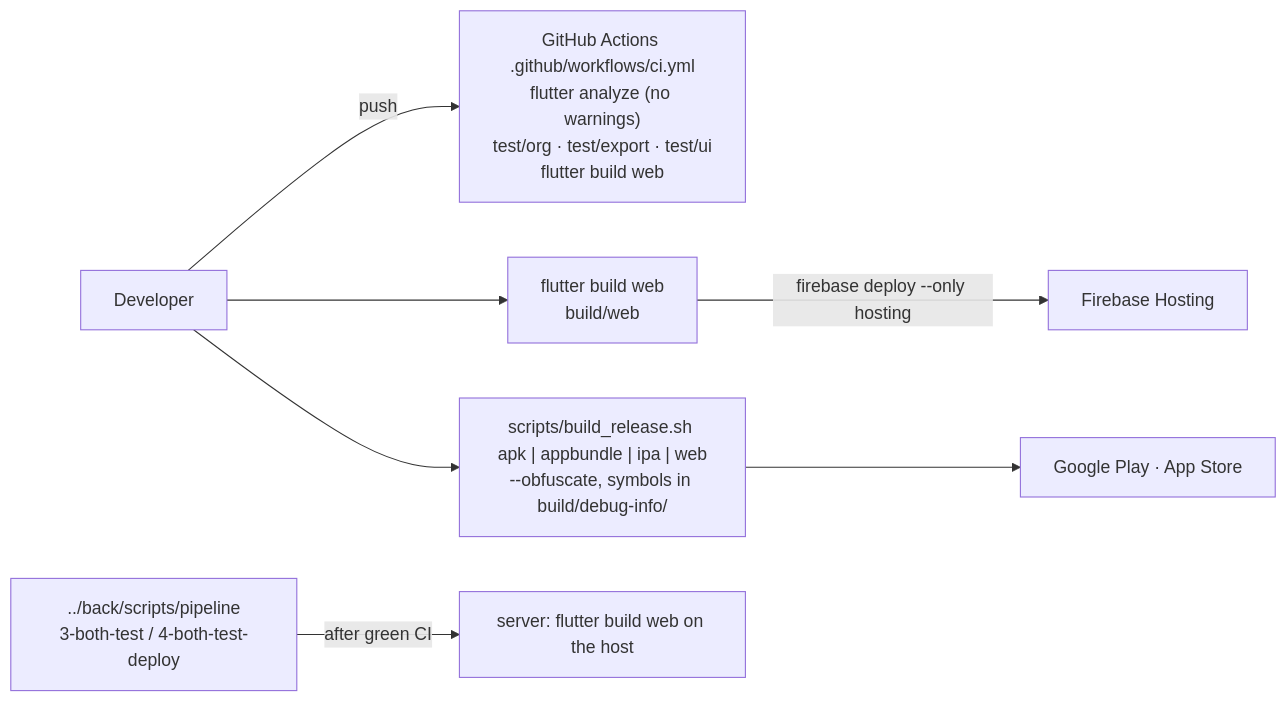
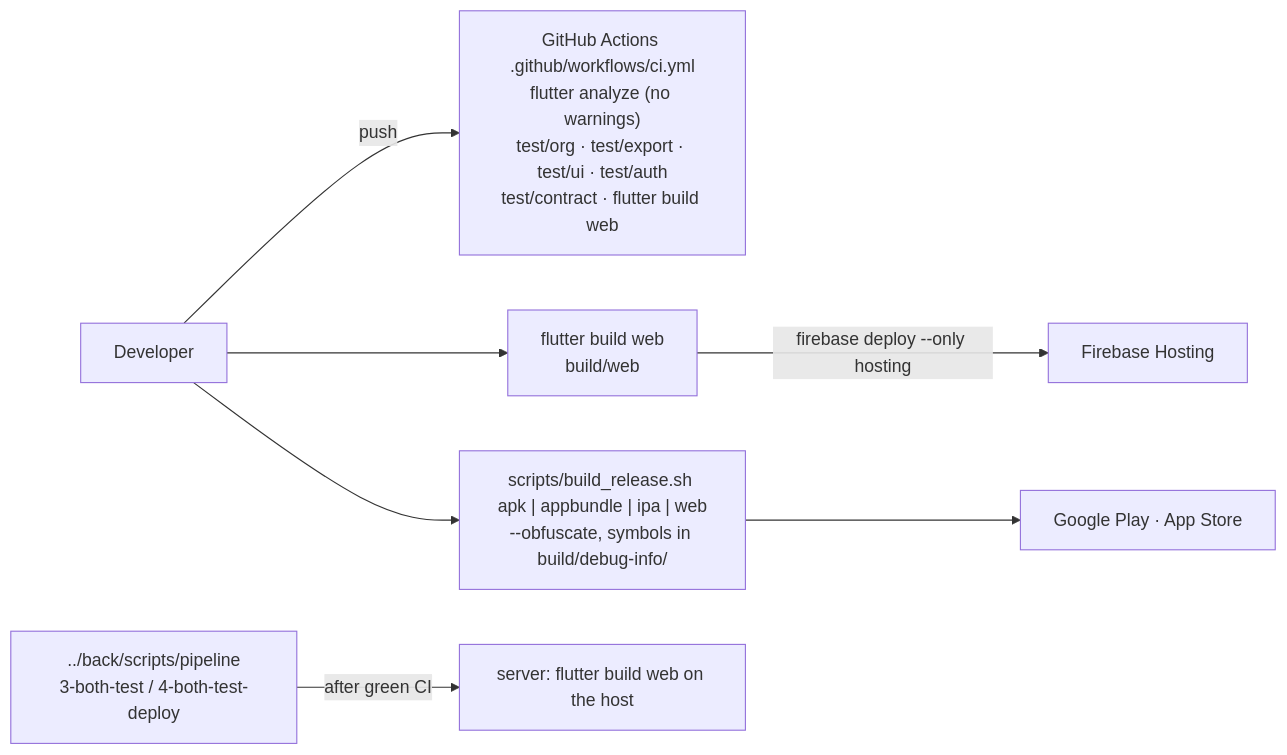
One commit to Amadkour/elfaheem-front changed the fifth of 6 diagrams in docs/ARCHITECTURE.md. Above: the diagram before and after it, drawn with Mermaid. The commit also changed other lines of this file and 44 other files, not shown here.

````diff
--- a/docs/ARCHITECTURE.md
+++ b/docs/ARCHITECTURE.md
@@ -110,7 +116,7 @@
 ```mermaid
 flowchart LR
-    dev["Developer"] -->|push| ci["GitHub Actions .github/workflows/ci.yml<br/>flutter analyze (no warnings)<br/>test/org · test/export · test/ui<br/>flutter build web"]
+    dev["Developer"] -->|push| ci["GitHub Actions .github/workflows/ci.yml<br/>flutter analyze (no warnings)<br/>test/org · test/export · test/ui · test/auth<br/>test/contract · flutter build web"]
     dev --> web["flutter build web<br/>build/web"] -->|firebase deploy --only hosting| fbh["Firebase Hosting"]
     dev --> rel["scripts/build_release.sh apk | appbundle | ipa | web<br/>--obfuscate, symbols in build/debug-info/"] --> stores["Google Play · App Store"]
     pipe["../back/scripts/pipeline<br/>3-both-test / 4-both-test-deploy"] -->|"after green CI"| server["server: flutter build web on the host"]
 ```
````
